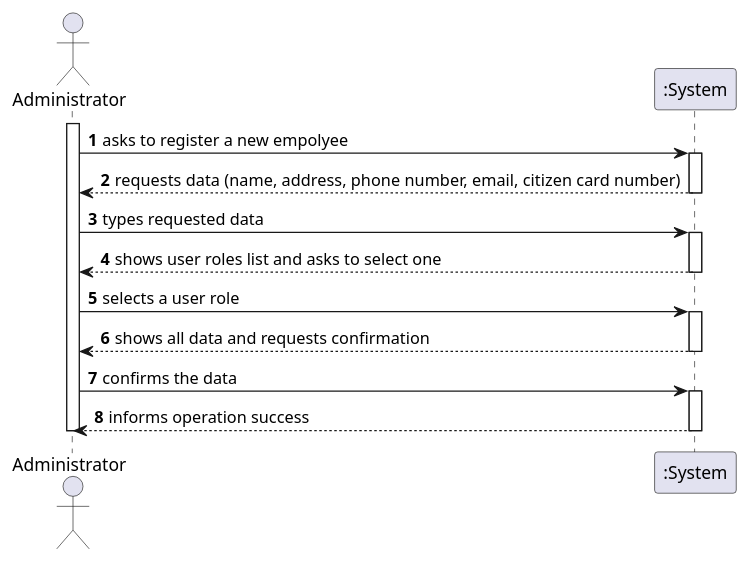
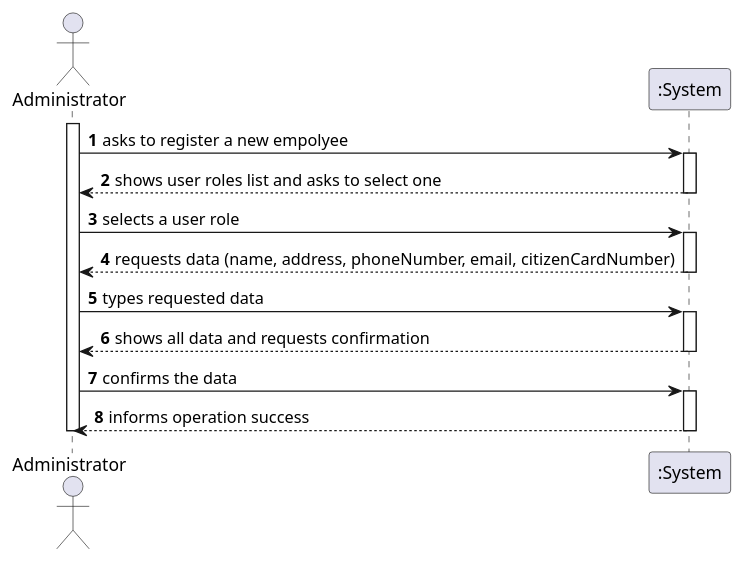
One commit to miseEnPlace-i/lapr2 changed the diagram in docs/SprintB/US10/SSD/US10_SSD.puml. Above: the diagram before and after it, drawn with PlantUML.

Commit message:
docs(us-10): updated ssd

```diff
--- a/docs/SprintB/US10/SSD/US10_SSD.puml
+++ b/docs/SprintB/US10/SSD/US10_SSD.puml
@@ -1,28 +1,28 @@
 @startuml US10_SSD
 autonumber
 actor "Administrator" as admin
 
 activate admin
 admin -> ":System" : asks to register a new empolyee
 activate ":System"
-":System" --> admin : requests data (name, address, phone number, email, citizen card number)
-deactivate ":System"
-
-admin -> ":System" : types requested data
-activate ":System"
 ":System" --> admin : shows user roles list and asks to select one
 deactivate ":System"
 
 admin -> ":System" : selects a user role
+activate ":System"
+":System" --> admin : requests data (name, address, phoneNumber, email, citizenCardNumber)
+deactivate ":System"
+
+admin -> ":System" : types requested data
 activate ":System"
 ":System" --> admin : shows all data and requests confirmation
 deactivate ":System"
 
 admin -> ":System" : confirms the data
 activate ":System"
 ":System" --> admin : informs operation success
 deactivate ":System"
 
 deactivate admin
 
 @enduml
```
